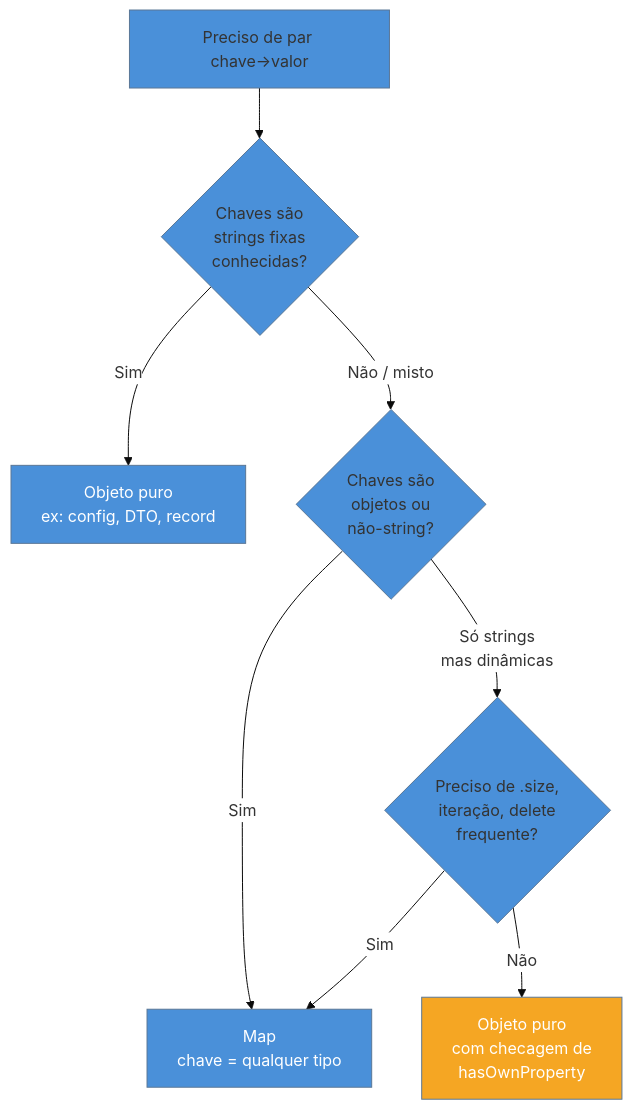
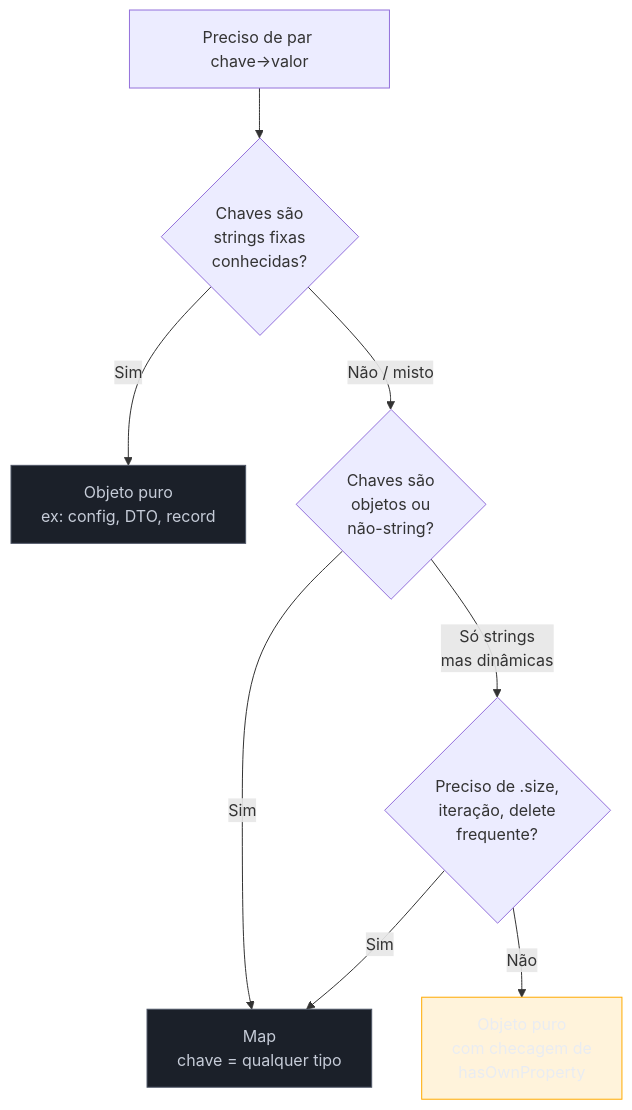
The first of 2 diagrams in 03-Dominios/Tecnologia/JavaScript/12 - Map, Set, WeakMap, WeakSet.md (josenaldo/codex-technomanticus), drawn with Mermaid before and after one commit. The commit also changed other lines of this file and 1181 other files, not shown here.

First line of the commit message:
fix(diagramas): paleta do sistema no lugar de cor cravada no markdown

````diff
--- a/03-Dominios/Tecnologia/JavaScript/12 - Map, Set, WeakMap, WeakSet.md
+++ b/03-Dominios/Tecnologia/JavaScript/12 - Map, Set, WeakMap, WeakSet.md
@@ -117,15 +117,16 @@
 ```mermaid
-%%{init: {"theme": "base", "themeVariables": {"primaryColor": "#4A90D9", "edgeLabelBackground": "#ffffff"}}}%%
 graph TB
+    classDef neutro fill:#1B2029,stroke:#4E5666,color:#C6CCD8
+    classDef destaque fill:#FFAA0024,stroke:#FFAA00,color:#E9ECF2
     A[Preciso de par chave→valor] --> B{Chaves são<br/>strings fixas<br/>conhecidas?}
     B -->|Sim| C[Objeto puro<br/>ex: config, DTO, record]
     B -->|Não / misto| D{Chaves são<br/>objetos ou<br/>não-string?}
     D -->|Sim| E[Map<br/>chave = qualquer tipo]
     D -->|Só strings<br/>mas dinâmicas| F{Preciso de .size,<br/>iteração, delete<br/>frequente?}
     F -->|Sim| E
     F -->|Não| G[Objeto puro<br/>com checagem de<br/>hasOwnProperty]
 
-    style C fill:#4A90D9,color:#fff
-    style E fill:#4A90D9,color:#fff
-    style G fill:#F5A623,color:#fff
+    class C neutro
+    class E neutro
+    class G destaque
 ```
````
